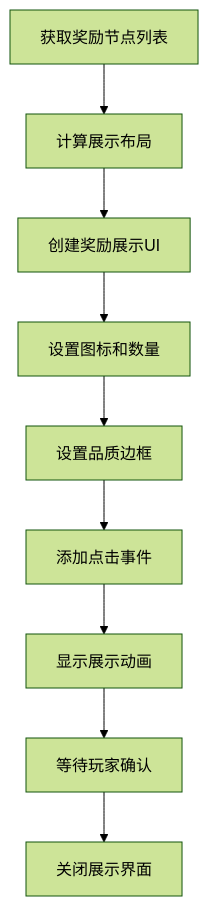
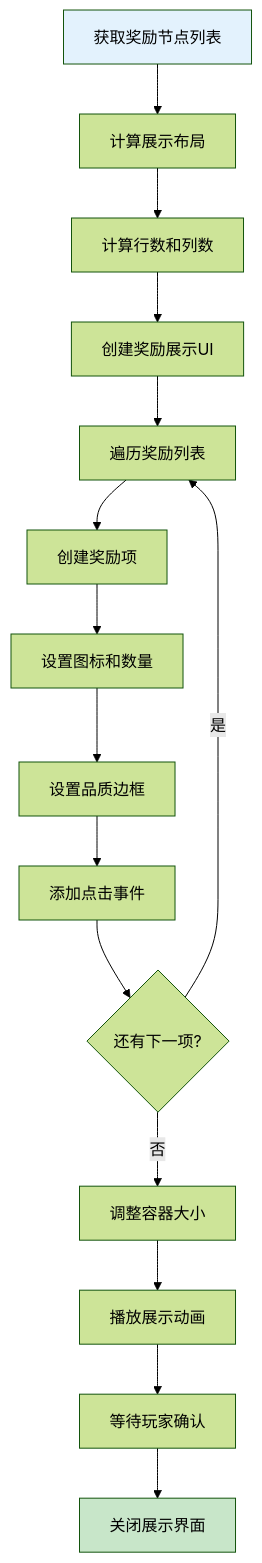
The fifth of 8 diagrams in docs/Module_Bonus/05_完整说明.md (Alan-Ben/k2c_game_framework), drawn with Mermaid (forest theme) before and after one commit. The commit also changed other lines of this file and 5 other files, not shown here.

````diff
--- a/docs/Module_Bonus/05_完整说明.md
+++ b/docs/Module_Bonus/05_完整说明.md
@@ -113,11 +231,23 @@
 ```mermaid
 flowchart TD
     A[获取奖励节点列表] --> B[计算展示布局]
-    B --> C[创建奖励展示UI]
-    C --> D[设置图标和数量]
-    D --> E[设置品质边框]
-    E --> F[添加点击事件]
-    F --> G[显示展示动画]
-    G --> H[等待玩家确认]
-    H --> I[关闭展示界面]
+    B --> C[计算行数和列数]
+    C --> D[创建奖励展示UI]
+
+    D --> E[遍历奖励列表]
+    E --> F[创建奖励项]
+    F --> G[设置图标和数量]
+    G --> H[设置品质边框]
+    H --> I[添加点击事件]
+
+    I --> J{还有下一项?}
+    J -->|是| E
+    J -->|否| K[调整容器大小]
+
+    K --> L[播放展示动画]
+    L --> M[等待玩家确认]
+    M --> N[关闭展示界面]
+
+    style A fill:#e3f2fd
+    style N fill:#c8e6c9
 ```
````
